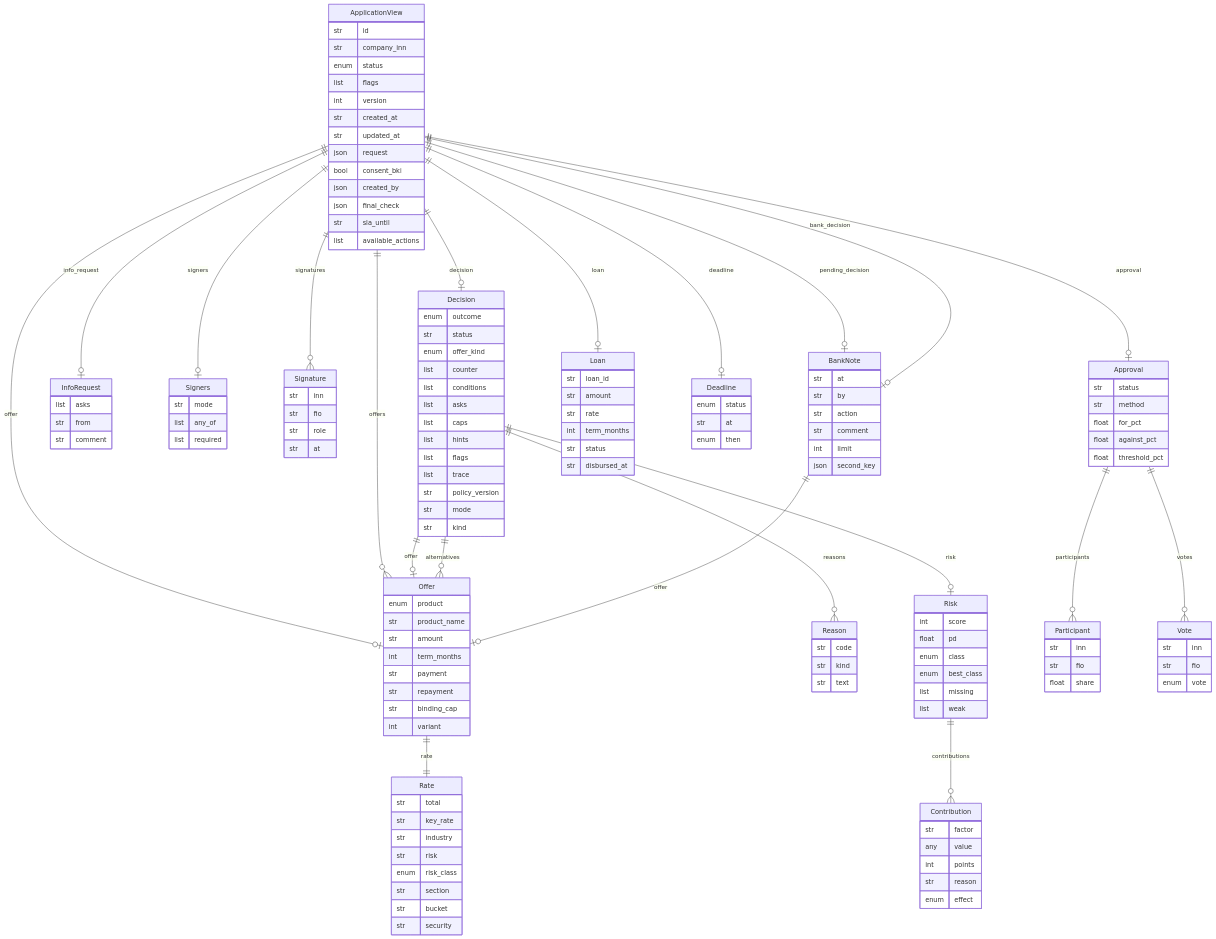
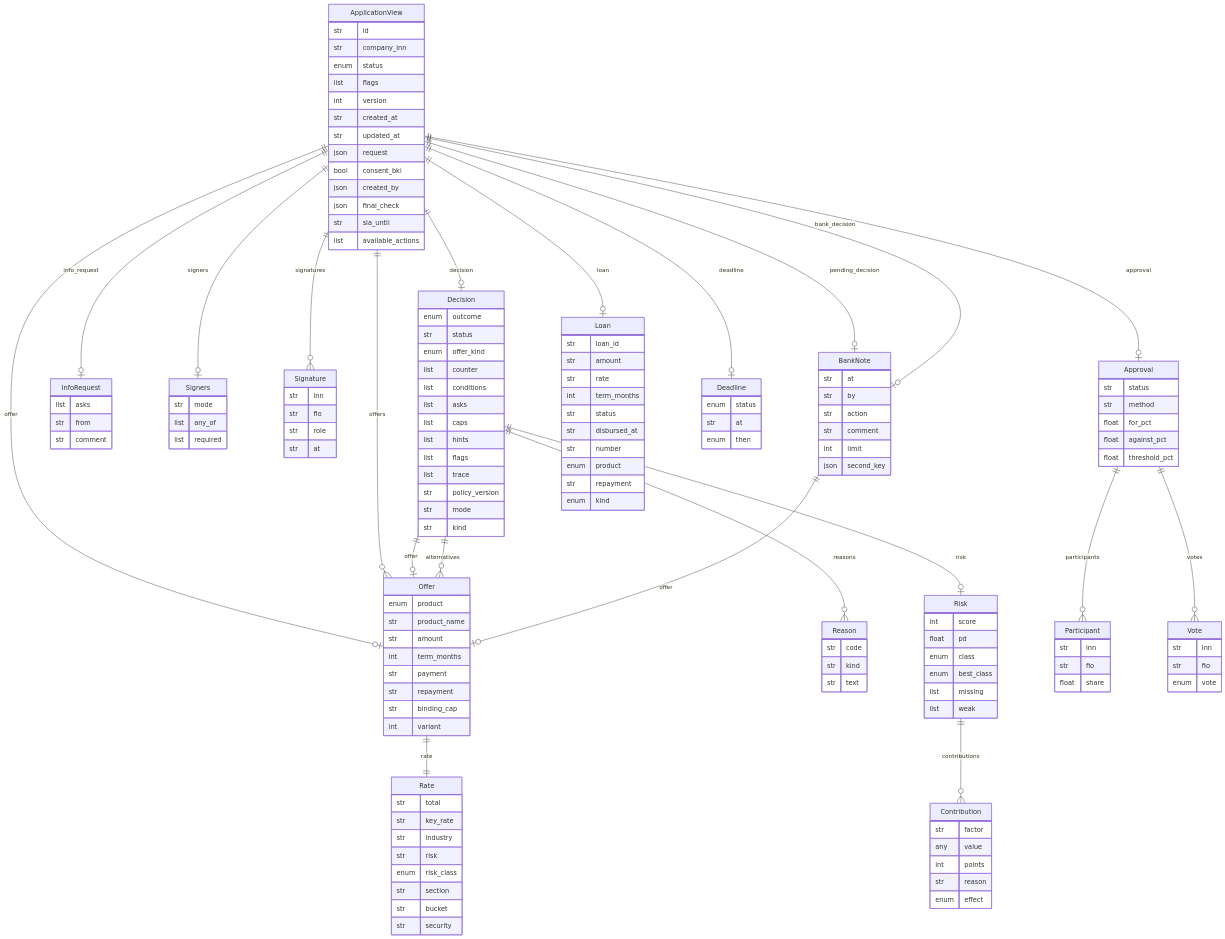
Before and after one commit to FigureZig/Alfa-Horizon: the second of 2 diagrams in docs/diagrams/data_model.md, drawn with Mermaid. The commit also changed 57 other files, not shown here.

```diff
--- a/docs/diagrams/data_model.md
+++ b/docs/diagrams/data_model.md
@@ -169,6 +169,10 @@
         int term_months
         str status
         str disbursed_at
+        str number
+        enum product
+        str repayment
+        enum kind
     }
     Deadline {
         enum status
```
